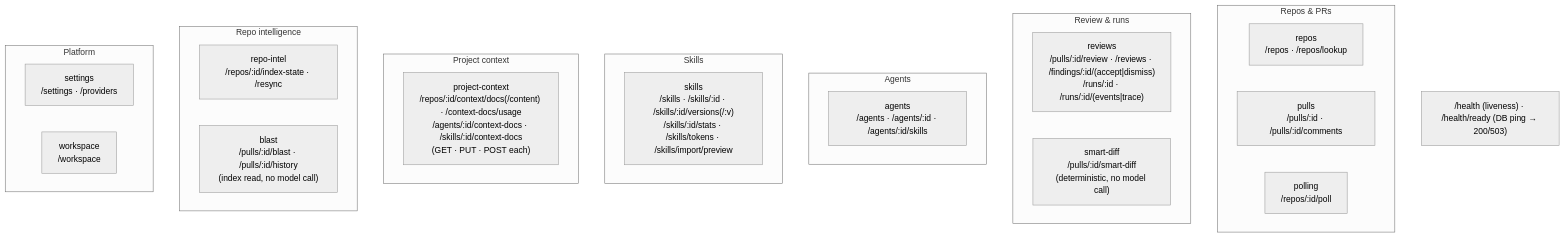
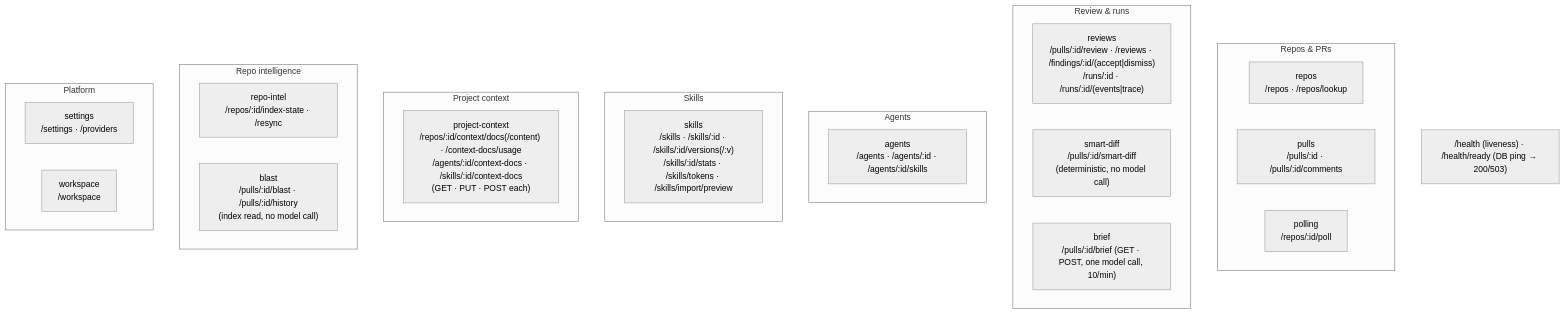
Before and after one commit to Svyat90/dev-digest: the second of 2 diagrams in server/README.md, drawn with Mermaid (neutral theme). The commit also changed 3 other files, not shown here.

````diff
--- a/server/README.md
+++ b/server/README.md
@@ -64,30 +64,31 @@
 ```mermaid
 flowchart TB
   subgraph Repos_PRs["Repos & PRs"]
     repos["repos<br/>/repos · /repos/lookup"]
     pulls["pulls<br/>/pulls/:id · /pulls/:id/comments"]
     polling["polling<br/>/repos/:id/poll"]
   end
   subgraph Review["Review & runs"]
     reviews["reviews<br/>/pulls/:id/review · /reviews · /findings/:id/(accept|dismiss)<br/>/runs/:id · /runs/:id/(events|trace)"]
     smartDiff["smart-diff<br/>/pulls/:id/smart-diff<br/>(deterministic, no model call)"]
+    brief["brief<br/>/pulls/:id/brief (GET · POST, one model call, 10/min)"]
   end
   subgraph Agents["Agents"]
     agents["agents<br/>/agents · /agents/:id · /agents/:id/skills"]
   end
   subgraph Skills["Skills"]
     skills["skills<br/>/skills · /skills/:id · /skills/:id/versions(/:v)<br/>/skills/:id/stats · /skills/tokens · /skills/import/preview"]
   end
   subgraph Context["Project context"]
     projectContext["project-context<br/>/repos/:id/context/docs(/content) · /context-docs/usage<br/>/agents/:id/context-docs · /skills/:id/context-docs<br/>(GET · PUT · POST each)"]
   end
   subgraph Intel["Repo intelligence"]
     repoIntel["repo-intel<br/>/repos/:id/index-state · /resync"]
     blast["blast<br/>/pulls/:id/blast · /pulls/:id/history<br/>(index read, no model call)"]
   end
   subgraph Platform["Platform"]
     settings["settings<br/>/settings · /providers"]
     workspace["workspace<br/>/workspace"]
   end
   HEALTH["/health (liveness) · /health/ready (DB ping → 200/503)"]
 ```
````
